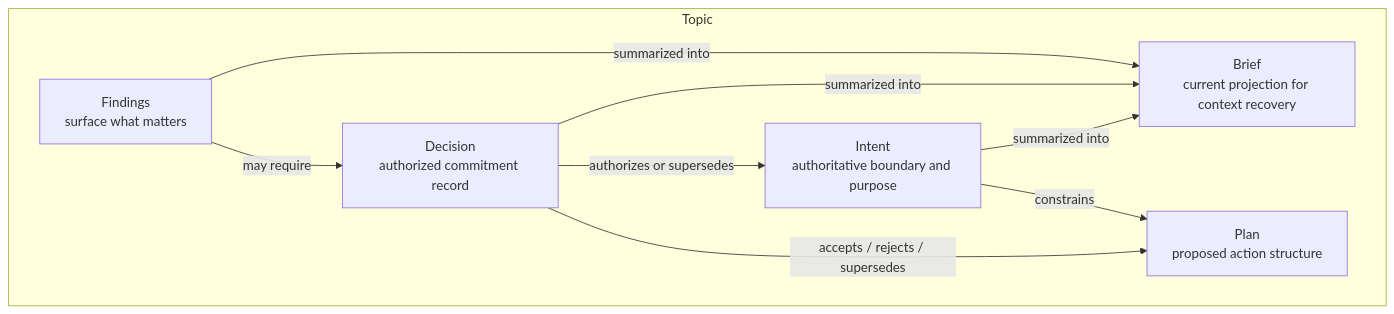
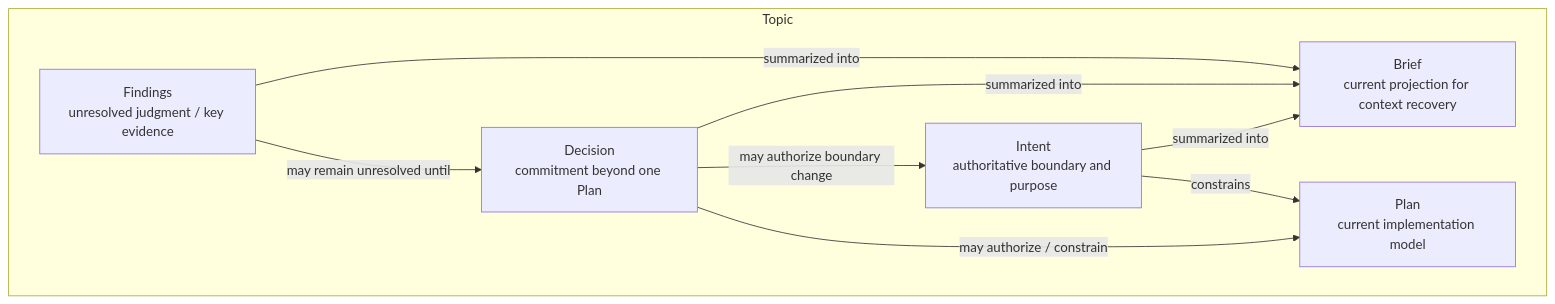
The third of 6 diagrams in docs/prism-4-architecture-guide.md (ArnoFrost/prism), drawn with Mermaid before and after one commit. The commit also changed other lines of this file and 18 other files, not shown here.

````diff
--- a/docs/prism-4-architecture-guide.md
+++ b/docs/prism-4-architecture-guide.md
@@ -128,18 +128,18 @@
 ```mermaid
 flowchart TB
   subgraph topic["Topic"]
     IN["Intent<br/>authoritative boundary and purpose"]
     BR["Brief<br/>current projection for context recovery"]
-    F["Findings<br/>surface what matters"]
-    P["Plan<br/>proposed action structure"]
-    D["Decision<br/>authorized commitment record"]
+    F["Findings<br/>unresolved judgment / key evidence"]
+    P["Plan<br/>current implementation model"]
+    D["Decision<br/>commitment beyond one Plan"]
   end
 
   IN -->|"summarized into"| BR
   F -->|"summarized into"| BR
   D -->|"summarized into"| BR
   IN -->|"constrains"| P
-  D -->|"authorizes or supersedes"| IN
-  D -->|"accepts / rejects / supersedes"| P
-  F -->|"may require"| D
+  D -->|"may authorize boundary change"| IN
+  D -->|"may authorize / constrain"| P
+  F -->|"may remain unresolved until"| D
 ```
````
